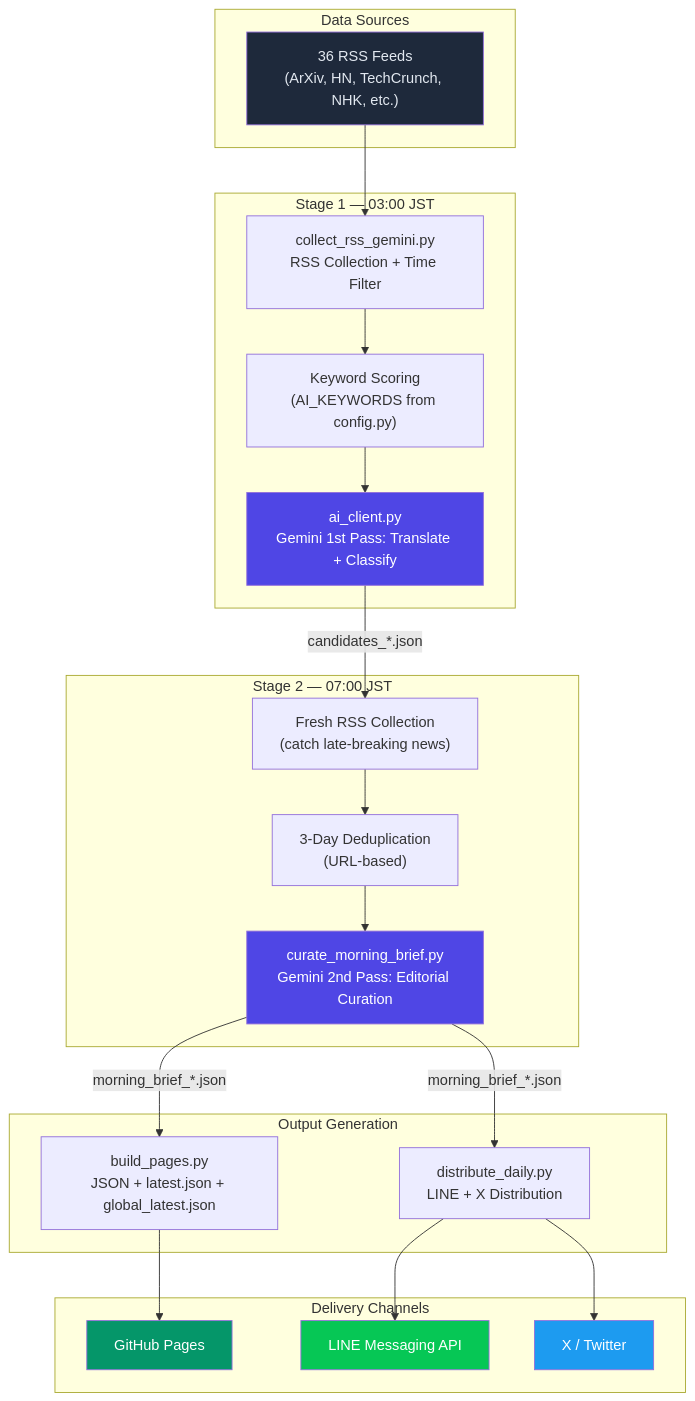
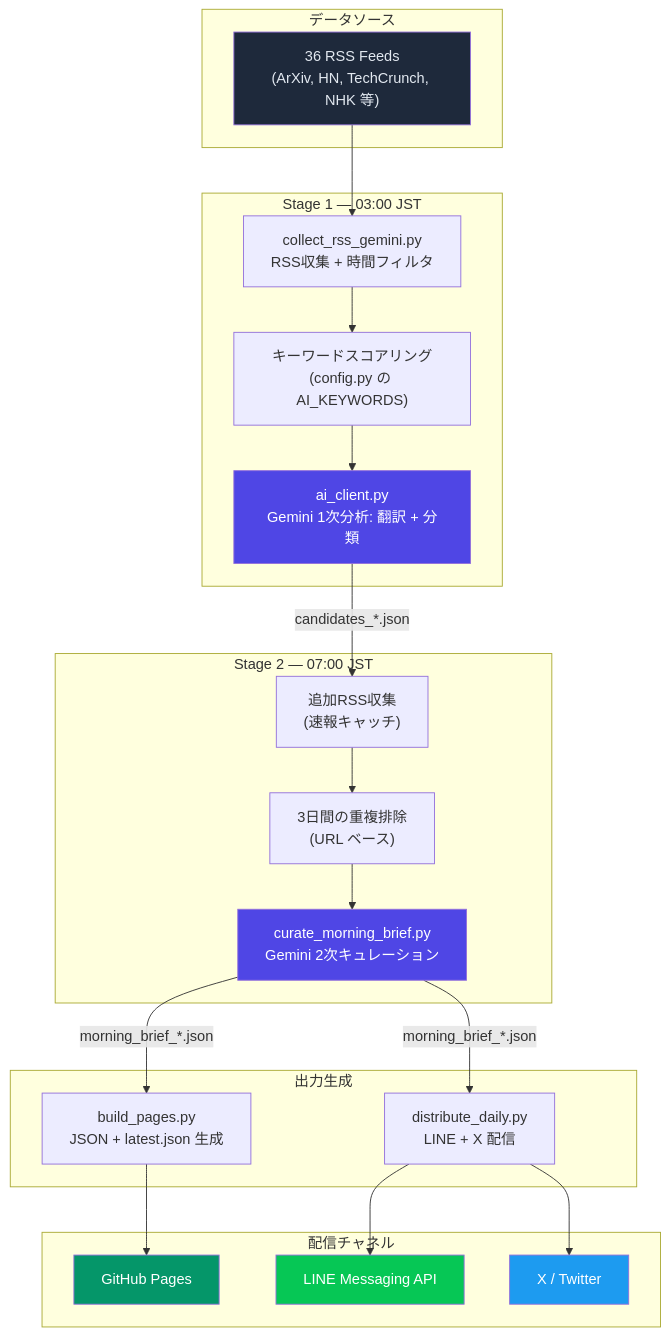
One commit to TadFuji/ai-news-bot changed the diagram in README.md. Above: the diagram before and after it, drawn with Mermaid. The commit also changed other lines of this file and 1 other file, not shown here.

````diff
--- a/README.md
+++ b/README.md
@@ -49,45 +63,45 @@
 ```mermaid
 graph TD
-    subgraph "Data Sources"
-        RSS["36 RSS Feeds<br/>(ArXiv, HN, TechCrunch, NHK, etc.)"]
+    subgraph "データソース"
+        RSS["36 RSS Feeds<br/>(ArXiv, HN, TechCrunch, NHK 等)"]
     end
 
     subgraph "Stage 1 — 03:00 JST"
-        COLLECT["collect_rss_gemini.py<br/>RSS Collection + Time Filter"]
-        SCORE["Keyword Scoring<br/>(AI_KEYWORDS from config.py)"]
-        GEMINI1["ai_client.py<br/>Gemini 1st Pass: Translate + Classify"]
+        COLLECT["collect_rss_gemini.py<br/>RSS収集 + 時間フィルタ"]
+        SCORE["キーワードスコアリング<br/>(config.py の AI_KEYWORDS)"]
+        GEMINI1["ai_client.py<br/>Gemini 1次分析: 翻訳 + 分類"]
     end
 
     subgraph "Stage 2 — 07:00 JST"
-        FRESH["Fresh RSS Collection<br/>(catch late-breaking news)"]
-        DEDUP["3-Day Deduplication<br/>(URL-based)"]
-        GEMINI2["curate_morning_brief.py<br/>Gemini 2nd Pass: Editorial Curation"]
+        FRESH["追加RSS収集<br/>(速報キャッチ)"]
+        DEDUP["3日間の重複排除<br/>(URL ベース)"]
+        GEMINI2["curate_morning_brief.py<br/>Gemini 2次キュレーション"]
     end
 
-    subgraph "Output Generation"
-        BUILD["build_pages.py<br/>JSON + latest.json + global_latest.json"]
-        DIST["distribute_daily.py<br/>LINE + X Distribution"]
+    subgraph "出力生成"
+        BUILD["build_pages.py<br/>JSON + latest.json 生成"]
+        DIST["distribute_daily.py<br/>LINE + X 配信"]
     end
 
-    subgraph "Delivery Channels"
+    subgraph "配信チャネル"
         WEB["GitHub Pages"]
         LINE["LINE Messaging API"]
         X["X / Twitter"]
     end
 
     RSS --> COLLECT --> SCORE --> GEMINI1
     GEMINI1 -->|"candidates_*.json"| FRESH
     FRESH --> DEDUP --> GEMINI2
     GEMINI2 -->|"morning_brief_*.json"| BUILD
     GEMINI2 -->|"morning_brief_*.json"| DIST
     BUILD --> WEB
     DIST --> LINE
     DIST --> X
 
     style RSS fill:#1e293b,color:#e2e8f0
     style GEMINI1 fill:#4f46e5,color:#fff
     style GEMINI2 fill:#4f46e5,color:#fff
     style WEB fill:#059669,color:#fff
     style LINE fill:#06c755,color:#fff
     style X fill:#1d9bf0,color:#fff
 ```
````
